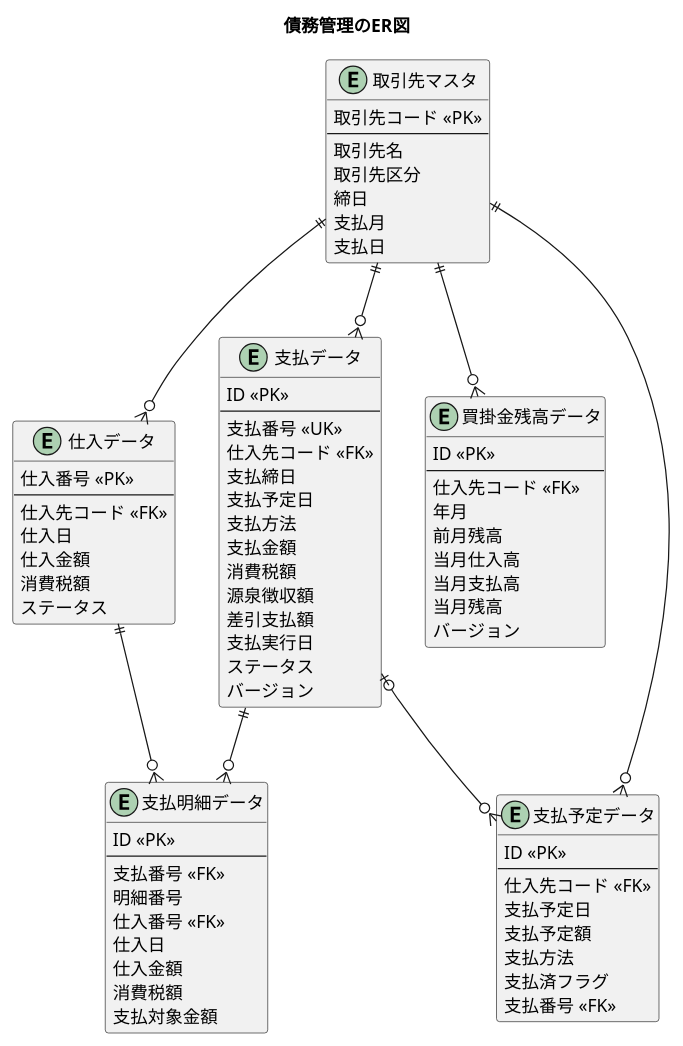
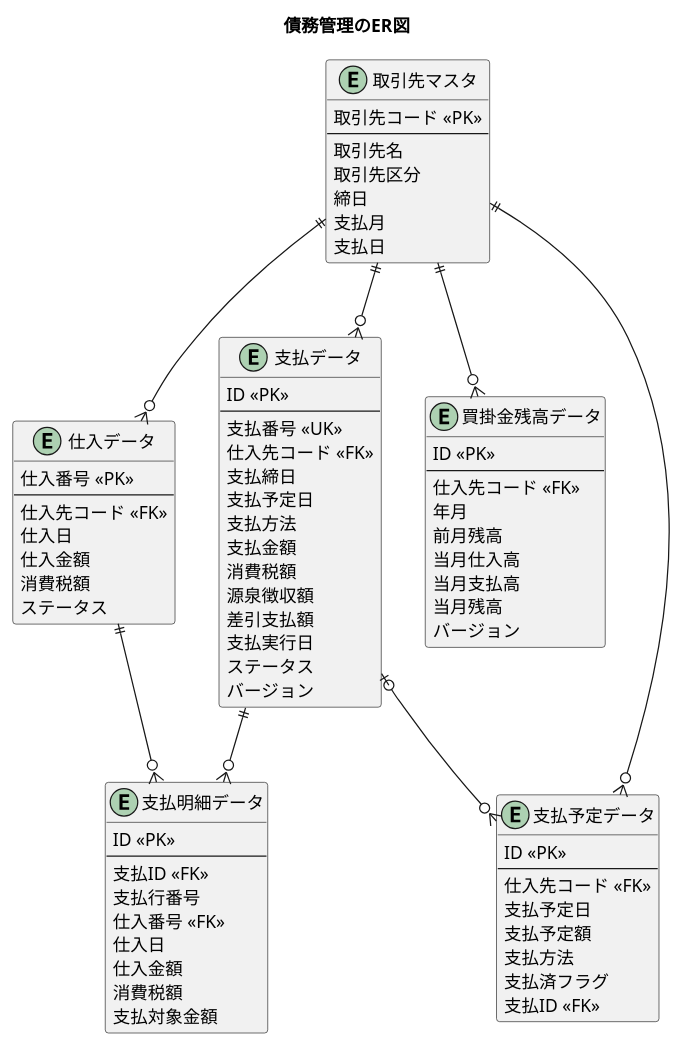
The fourth of 7 diagrams in docs/article/part2/chapter10.md (k2works/practical-database-design), drawn with PlantUML before and after one commit. The commit also changed other lines of this file, not shown here.

```diff
--- a/docs/article/part2/chapter10.md
+++ b/docs/article/part2/chapter10.md
@@ -192,8 +192,8 @@
 entity 支払明細データ {
   ID <<PK>>
   --
-  支払番号 <<FK>>
-  明細番号
+  支払ID <<FK>>
+  支払行番号
   仕入番号 <<FK>>
   仕入日
   仕入金額
@@ -221,7 +221,7 @@
   支払予定額
   支払方法
   支払済フラグ
-  支払番号 <<FK>>
+  支払ID <<FK>>
 }
 
 取引先マスタ ||--o{ 仕入データ
```
